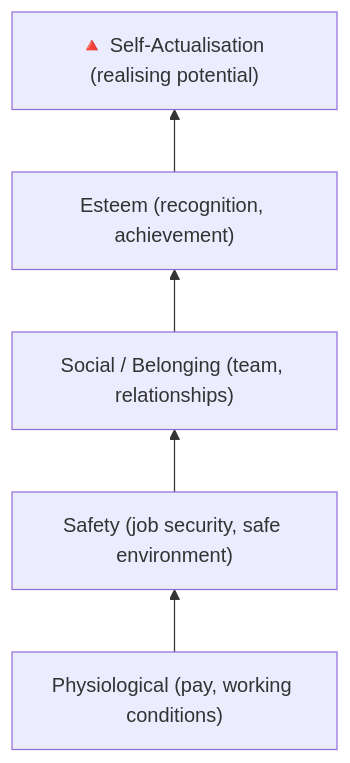
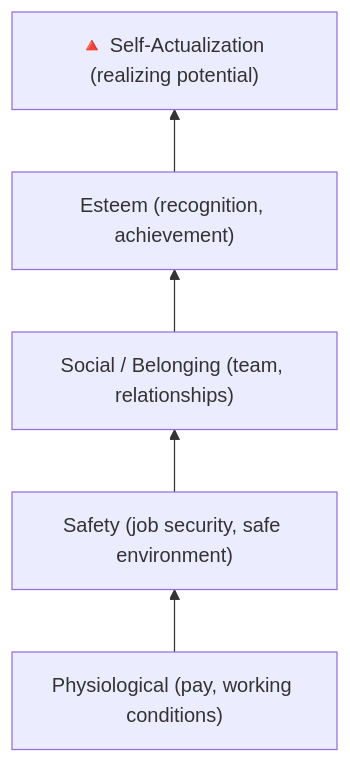
One commit to UncleJS/course_projectManagement changed the first of 3 diagrams in modules/14-resource-team.md. Above: the diagram before and after it, drawn with Mermaid. The commit also changed other lines of this file and 63 other files, not shown here.

````diff
--- a/modules/14-resource-team.md
+++ b/modules/14-resource-team.md
@@ -221,9 +221,9 @@
 ```mermaid
 flowchart BT
-    SA["🔺 Self-Actualisation (realising potential)"]
+    SA["🔺 Self-Actualization (realizing potential)"]
     ES["Esteem (recognition, achievement)"]
     SO["Social / Belonging (team, relationships)"]
     SF["Safety (job security, safe environment)"]
     PH["Physiological (pay, working conditions)"]
     PH --> SF --> SO --> ES --> SA
 ```
````
